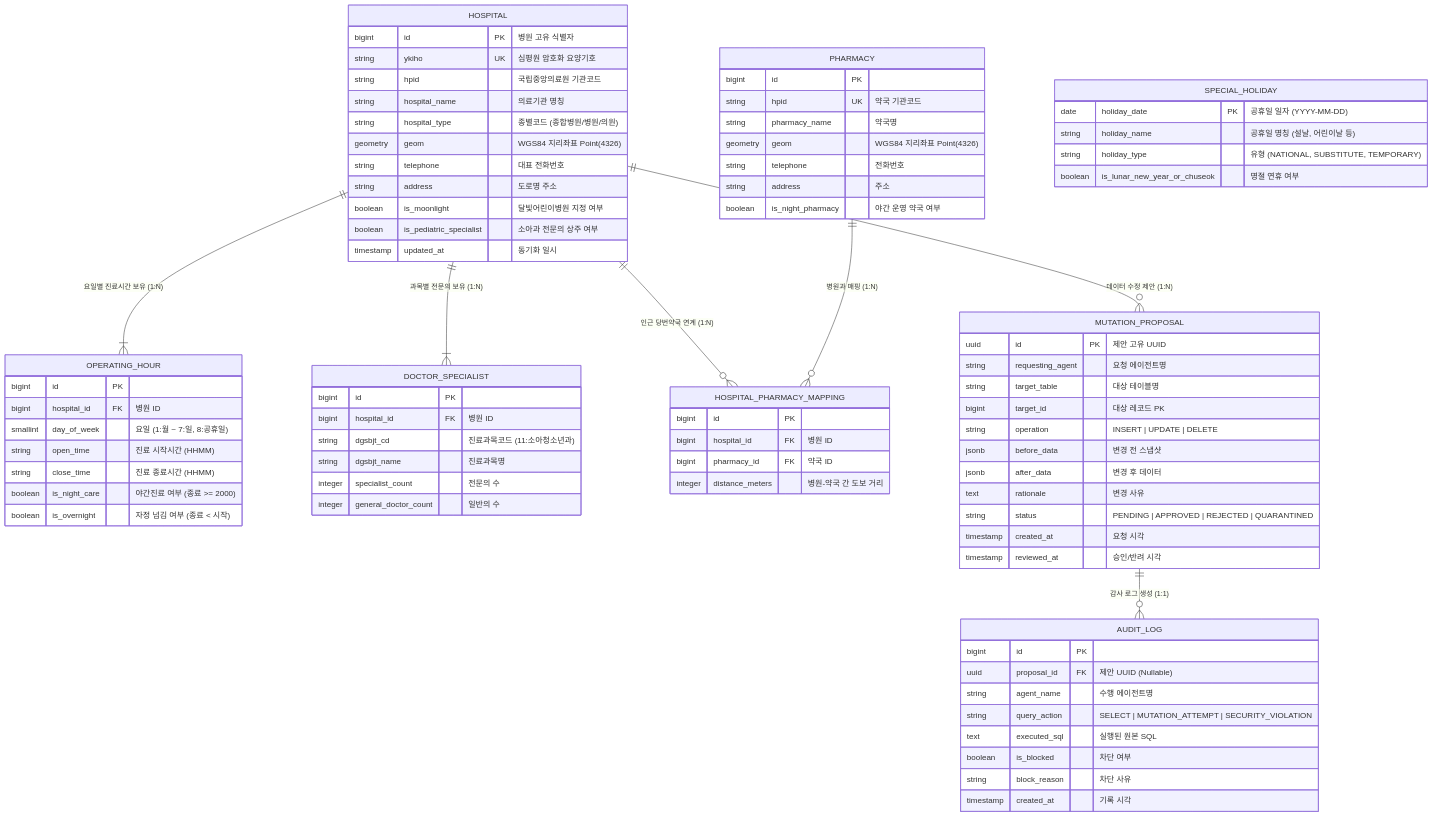
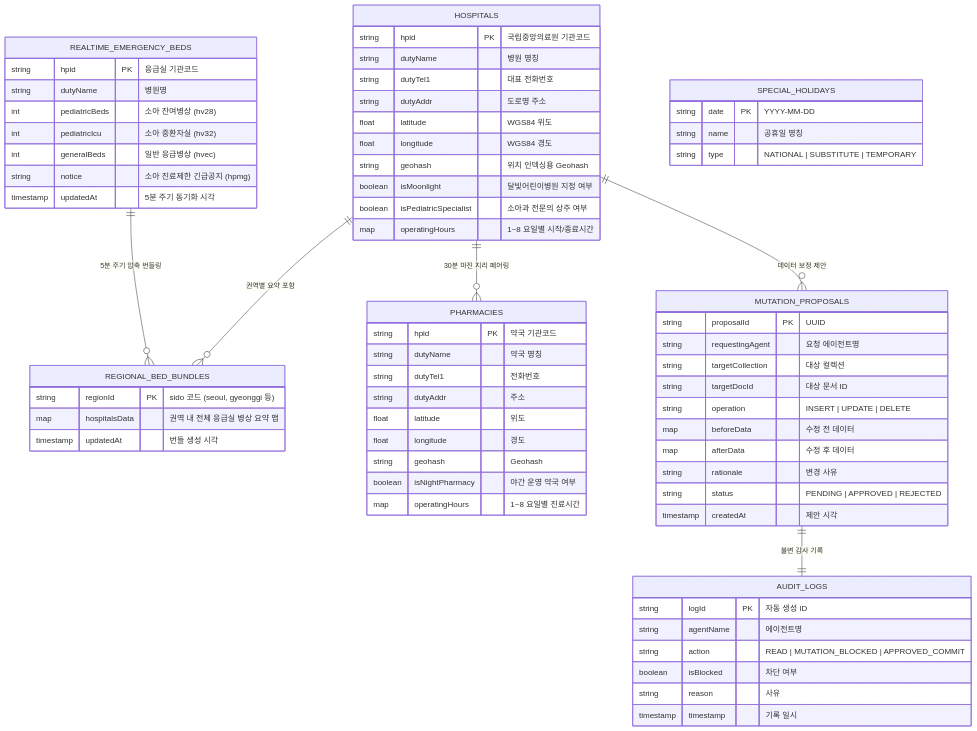
Before and after one commit to yeongsik0914/isoom: the sixth of 14 diagrams in docs/PROJECT_PLAN.md, drawn with Mermaid. The commit also changed other lines of this file and 81 other files, not shown here.

Commit message:
feat: initialize core backend architecture, agents, API routes, and KTAS triage pipelines

````diff
--- a/docs/PROJECT_PLAN.md
+++ b/docs/PROJECT_PLAN.md
@@ -546,92 +545,78 @@
 ```mermaid
 erDiagram
-    HOSPITAL ||--|{ OPERATING_HOUR : "요일별 진료시간 보유 (1:N)"
-    HOSPITAL ||--|{ DOCTOR_SPECIALIST : "과목별 전문의 보유 (1:N)"
-    HOSPITAL ||--o{ HOSPITAL_PHARMACY_MAPPING : "인근 당번약국 연계 (1:N)"
-    PHARMACY ||--o{ HOSPITAL_PHARMACY_MAPPING : "병원과 매핑 (1:N)"
+    HOSPITALS ||--o{ REGIONAL_BED_BUNDLES : "권역별 요약 포함"
+    REALTIME_EMERGENCY_BEDS ||--o{ REGIONAL_BED_BUNDLES : "5분 주기 압축 번들링"
+    HOSPITALS ||--o{ PHARMACIES : "30분 마진 지리 페어링"
     
-    HOSPITAL ||--o{ MUTATION_PROPOSAL : "데이터 수정 제안 (1:N)"
-    MUTATION_PROPOSAL ||--o{ AUDIT_LOG : "감사 로그 생성 (1:1)"
+    HOSPITALS ||--o{ MUTATION_PROPOSALS : "데이터 보정 제안"
+    MUTATION_PROPOSALS ||--|| AUDIT_LOGS : "불변 감사 기록"
 
-    HOSPITAL {
-        bigint id PK "병원 고유 식별자"
-        string ykiho UK "심평원 암호화 요양기호"
-        string hpid "국립중앙의료원 기관코드"
-        string hospital_name "의료기관 명칭"
-        string hospital_type "종별코드 (종합병원/병원/의원)"
-        geometry geom "WGS84 지리좌표 Point(4326)"
-        string telephone "대표 전화번호"
-        string address "도로명 주소"
-        boolean is_moonlight "달빛어린이병원 지정 여부"
-        boolean is_pediatric_specialist "소아과 전문의 상주 여부"
-        timestamp updated_at "동기화 일시"
+    HOSPITALS {
+        string hpid PK "국립중앙의료원 기관코드"
+        string dutyName "병원 명칭"
+        string dutyTel1 "대표 전화번호"
+        string dutyAddr "도로명 주소"
+        float latitude "WGS84 위도"
+        float longitude "WGS84 경도"
+        string geohash "위치 인덱싱용 Geohash"
+        boolean isMoonlight "달빛어린이병원 지정 여부"
+        boolean isPediatricSpecialist "소아과 전문의 상주 여부"
+        map operatingHours "1~8 요일별 시작/종료시간"
     }
 
-    OPERATING_HOUR {
-        bigint id PK
-        bigint hospital_id FK "병원 ID"
-        smallint day_of_week "요일 (1:월 ~ 7:일, 8:공휴일)"
-        string open_time "진료 시작시간 (HHMM)"
-        string close_time "진료 종료시간 (HHMM)"
-        boolean is_night_care "야간진료 여부 (종료 >= 2000)"
-        boolean is_overnight "자정 넘김 여부 (종료 < 시작)"
+    PHARMACIES {
+        string hpid PK "약국 기관코드"
+        string dutyName "약국 명칭"
+        string dutyTel1 "전화번호"
+        string dutyAddr "주소"
+        float latitude "위도"
+        float longitude "경도"
+        string geohash "Geohash"
+        boolean isNightPharmacy "야간 운영 약국 여부"
+        map operatingHours "1~8 요일별 진료시간"
     }
 
-    DOCTOR_SPECIALIST {
-        bigint id PK
-        bigint hospital_id FK "병원 ID"
-        string dgsbjt_cd "진료과목코드 (11:소아청소년과)"
-        string dgsbjt_name "진료과목명"
-        integer specialist_count "전문의 수"
-        integer general_doctor_count "일반의 수"
+    REALTIME_EMERGENCY_BEDS {
+        string hpid PK "응급실 기관코드"
+        string dutyName "병원명"
+        int pediatricBeds "소아 잔여병상 (hv28)"
+        int pediatricIcu "소아 중환자실 (hv32)"
+        int generalBeds "일반 응급병상 (hvec)"
+        string notice "소아 진료제한 긴급공지 (hpmg)"
+        timestamp updatedAt "5분 주기 동기화 시각"
     }
 
-    PHARMACY {
-        bigint id PK
-        string hpid UK "약국 기관코드"
-        string pharmacy_name "약국명"
-        geometry geom "WGS84 지리좌표 Point(4326)"
-        string telephone "전화번호"
-        string address "주소"
-        boolean is_night_pharmacy "야간 운영 약국 여부"
+    REGIONAL_BED_BUNDLES {
+        string regionId PK "sido 코드 (seoul, gyeonggi 등)"
+        map hospitalsData "권역 내 전체 응급실 병상 요약 맵"
+        timestamp updatedAt "번들 생성 시각"
     }
 
-    HOSPITAL_PHARMACY_MAPPING {
-        bigint id PK
-        bigint hospital_id FK "병원 ID"
-        bigint pharmacy_id FK "약국 ID"
-        integer distance_meters "병원-약국 간 도보 거리"
+    SPECIAL_HOLIDAYS {
+        string date PK "YYYY-MM-DD"
+        string name "공휴일 명칭"
+        string type "NATIONAL | SUBSTITUTE | TEMPORARY"
     }
 
-    SPECIAL_HOLIDAY {
-        date holiday_date PK "공휴일 일자 (YYYY-MM-DD)"
-        string holiday_name "공휴일 명칭 (설날, 어린이날 등)"
-        string holiday_type "유형 (NATIONAL, SUBSTITUTE, TEMPORARY)"
-        boolean is_lunar_new_year_or_chuseok "명절 연휴 여부"
+    MUTATION_PROPOSALS {
+        string proposalId PK "UUID"
+        string requestingAgent "요청 에이전트명"
+        string targetCollection "대상 컬렉션"
+        string targetDocId "대상 문서 ID"
+        string operation "INSERT | UPDATE | DELETE"
+        map beforeData "수정 전 데이터"
+        map afterData "수정 후 데이터"
+        string rationale "변경 사유"
+        string status "PENDING | APPROVED | REJECTED"
+        timestamp createdAt "제안 시각"
     }
 
-    MUTATION_PROPOSAL {
-        uuid id PK "제안 고유 UUID"
-        string requesting_agent "요청 에이전트명"
-        string target_table "대상 테이블명"
-        bigint target_id "대상 레코드 PK"
-        string operation "INSERT | UPDATE | DELETE"
-        jsonb before_data "변경 전 스냅샷"
-        jsonb after_data "변경 후 데이터"
-        text rationale "변경 사유"
-        string status "PENDING | APPROVED | REJECTED | QUARANTINED"
-        timestamp created_at "요청 시각"
-        timestamp reviewed_at "승인/반려 시각"
-    }
-
-    AUDIT_LOG {
-        bigint id PK
-        uuid proposal_id FK "제안 UUID (Nullable)"
-        string agent_name "수행 에이전트명"
-        string query_action "SELECT | MUTATION_ATTEMPT | SECURITY_VIOLATION"
-        text executed_sql "실행된 원본 SQL"
-        boolean is_blocked "차단 여부"
-        string block_reason "차단 사유"
-        timestamp created_at "기록 시각"
+    AUDIT_LOGS {
+        string logId PK "자동 생성 ID"
+        string agentName "에이전트명"
+        string action "READ | MUTATION_BLOCKED | APPROVED_COMMIT"
+        boolean isBlocked "차단 여부"
+        string reason "사유"
+        timestamp timestamp "기록 일시"
     }
 ```
````
